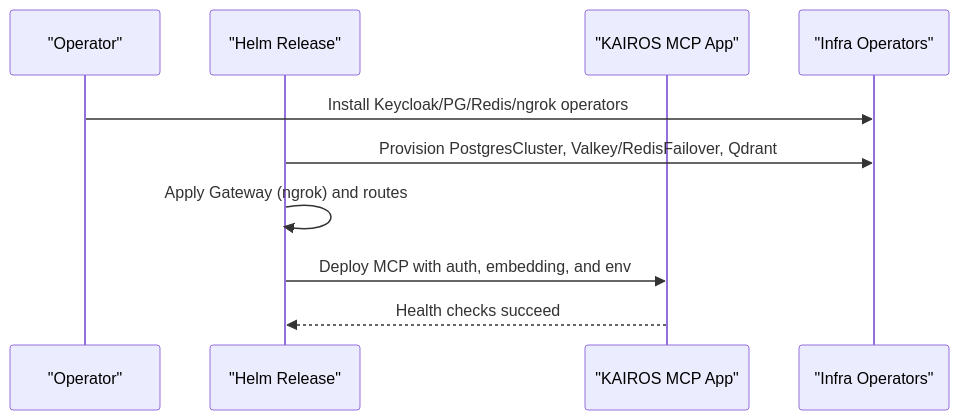
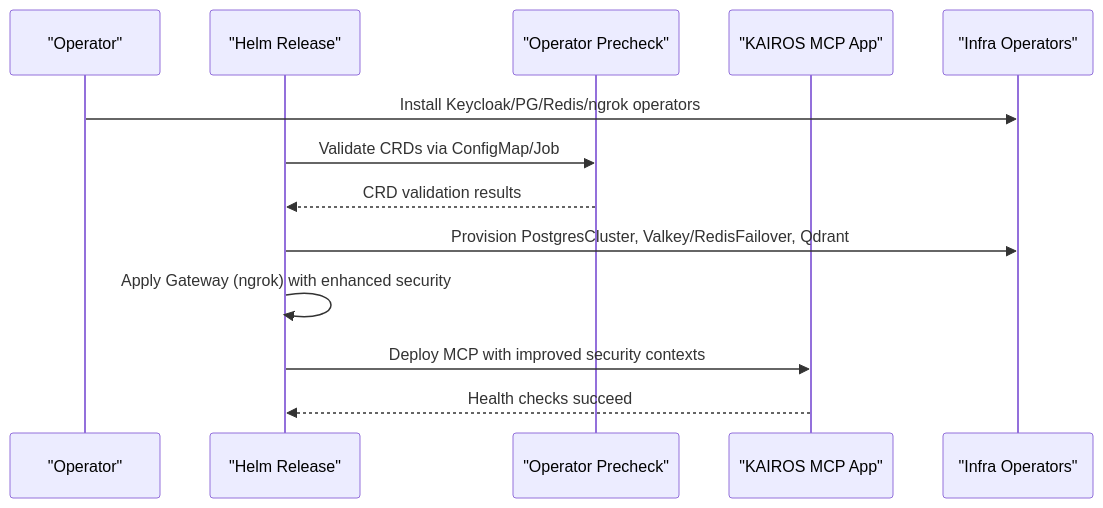
One commit to debian777/kairos-mcp changed the fourth of 6 diagrams in .qoder/repowiki/en/content/Deployment & Operations.md. Above: the diagram before and after it, drawn with Mermaid. The commit also changed other lines of this file and 16 other files, not shown here.

````diff
--- a/.qoder/repowiki/en/content/Deployment & Operations.md
+++ b/.qoder/repowiki/en/content/Deployment & Operations.md
@@ -226,12 +261,15 @@
 ```mermaid
 sequenceDiagram
 participant Ops as "Operator"
 participant Helm as "Helm Release"
+participant Precheck as "Operator Precheck"
 participant App as "KAIROS MCP App"
 participant Infra as "Infra Operators"
 Ops->>Infra : Install Keycloak/PG/Redis/ngrok operators
+Helm->>Precheck : Validate CRDs via ConfigMap/Job
+Precheck-->>Helm : CRD validation results
 Helm->>Infra : Provision PostgresCluster, Valkey/RedisFailover, Qdrant
-Helm->>Helm : Apply Gateway (ngrok) and routes
-Helm->>App : Deploy MCP with auth, embedding, and env
+Helm->>Helm : Apply Gateway (ngrok) with enhanced security
+Helm->>App : Deploy MCP with improved security contexts
 App-->>Helm : Health checks succeed
 ```
````
